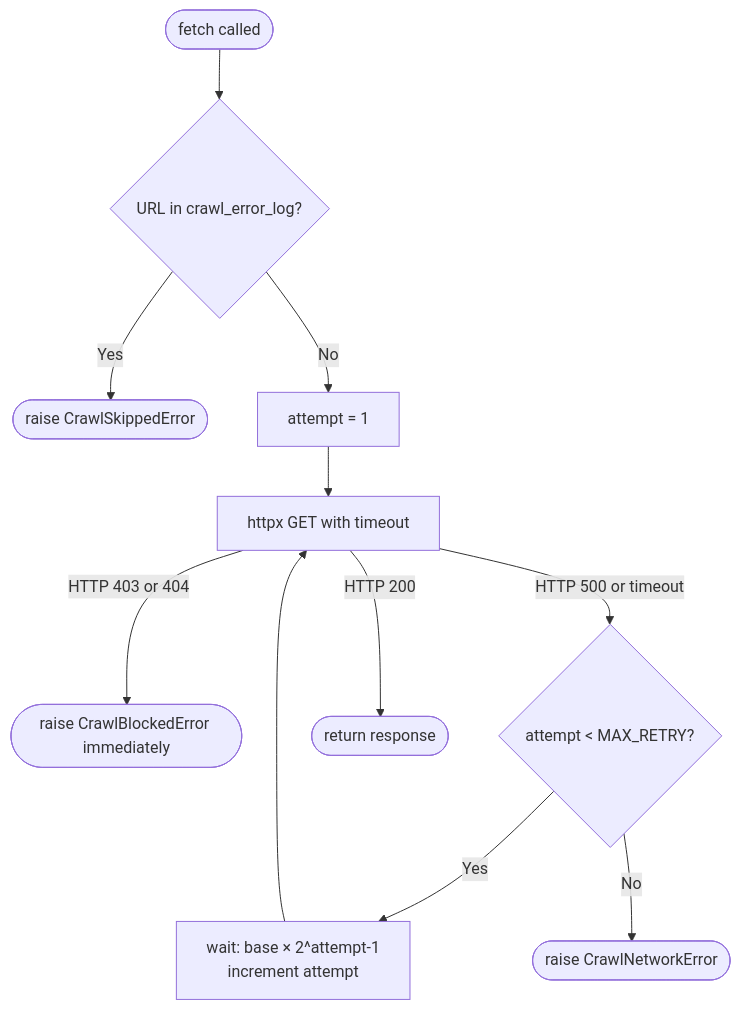
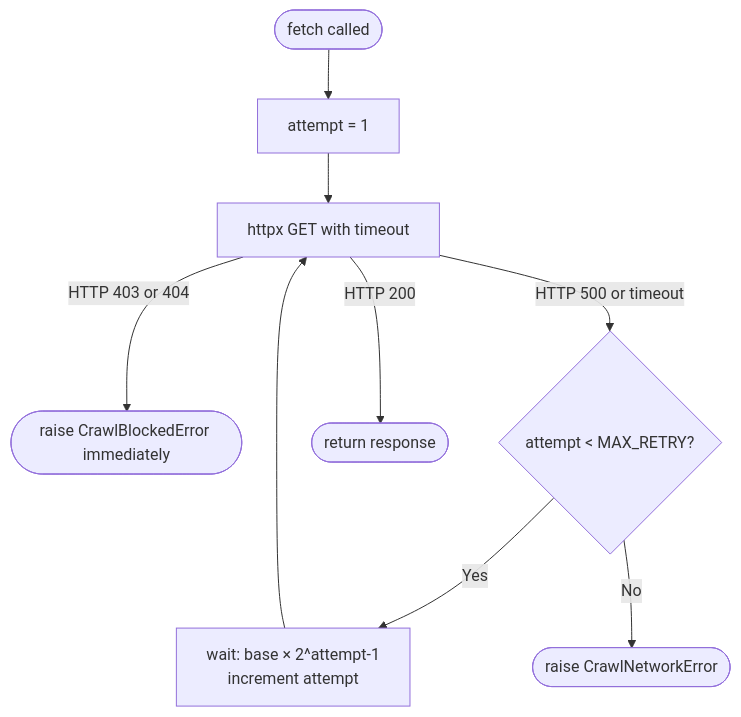
One commit to mars-xiaoyi/wealthfinder changed the fourth of 11 diagrams in stock-assistant-data-ingestion/docs/implementation.md. Above: the diagram before and after it, drawn with Mermaid. The commit also changed other lines of this file and 44 other files, not shown here.

````diff
--- a/stock-assistant-data-ingestion/docs/implementation.md
+++ b/stock-assistant-data-ingestion/docs/implementation.md
@@ -1031,13 +1072,11 @@
 ```mermaid
 flowchart TD
-    A([fetch called]) --> B{URL in crawl_error_log?}
-    B -->|Yes| C([raise CrawlSkippedError])
-    B -->|No| D[attempt = 1]
+    A([fetch called]) --> D[attempt = 1]
     D --> E[httpx GET with timeout]
     E -->|HTTP 403 or 404| F([raise CrawlBlockedError immediately])
     E -->|HTTP 500 or timeout| G{attempt < MAX_RETRY?}
     G -->|Yes| H[wait: base × 2^attempt-1\nincrement attempt]
     H --> E
     G -->|No| I([raise CrawlNetworkError])
     E -->|HTTP 200| J([return response])
 ```
````
